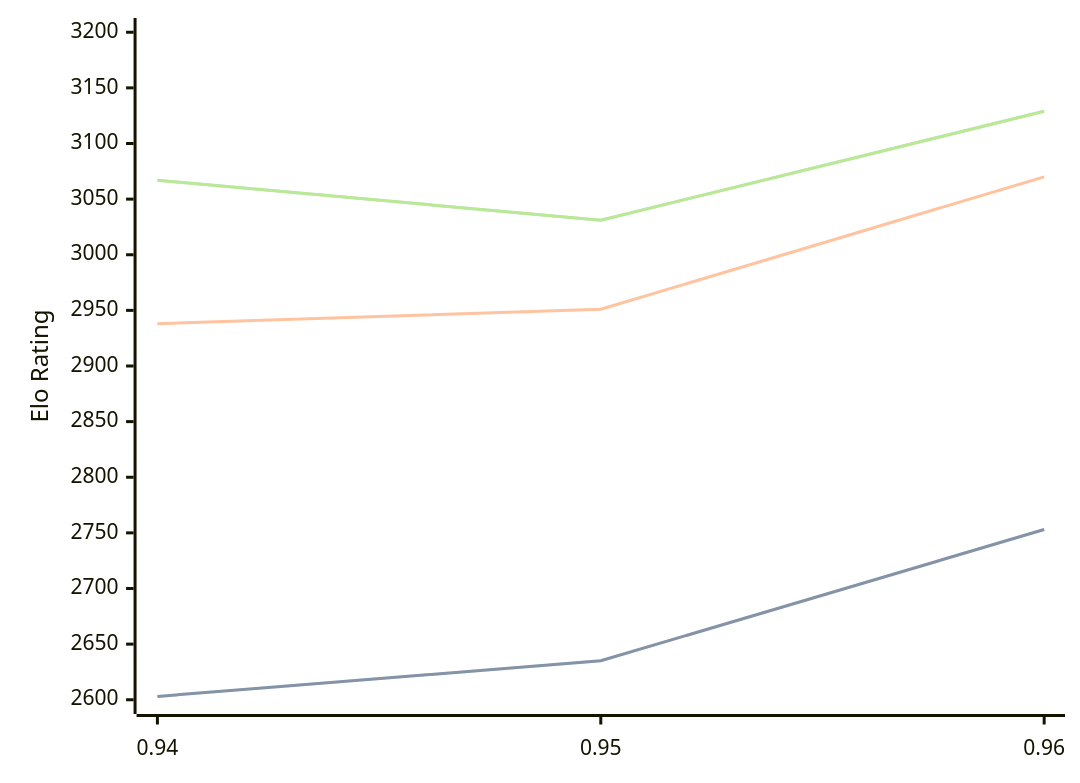
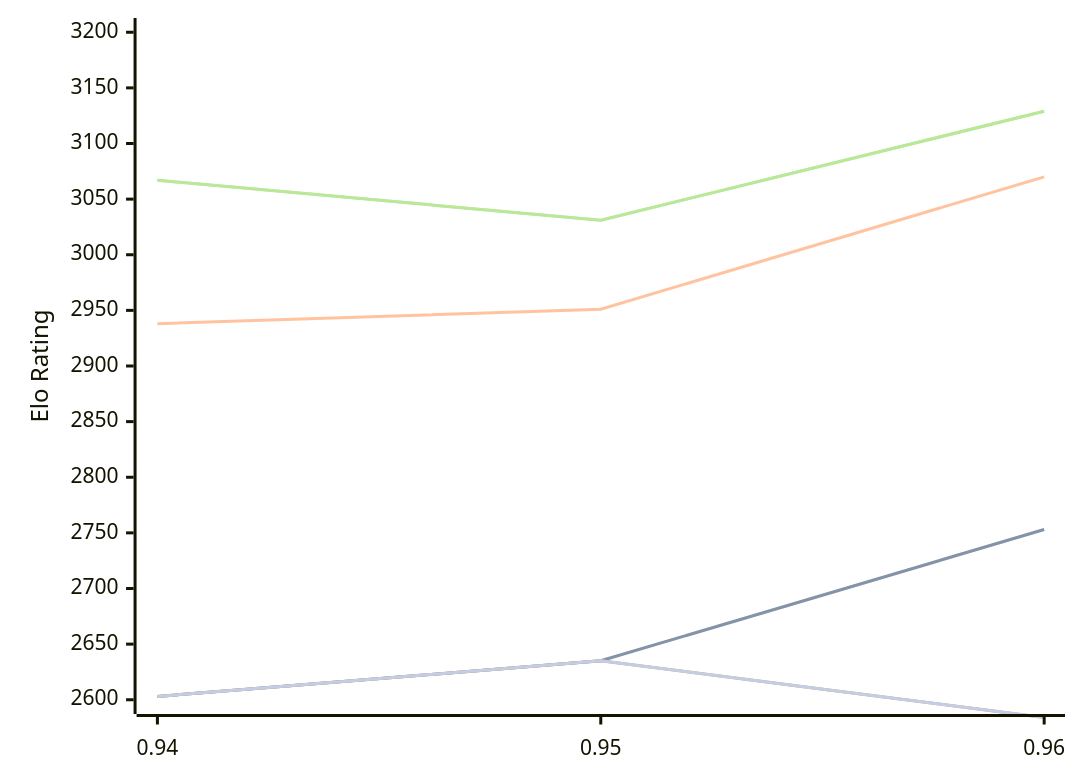
The diagram in engines/Myrddin.md (computer-chess-index/cci), drawn with Mermaid before and after one commit. The commit also changed other lines of this file, not shown here.

Commit message:
Update CCI Ratings (ELO VLTC) - 2026-10-11

````diff
--- a/engines/Myrddin.md
+++ b/engines/Myrddin.md
@@ -49,16 +49,13 @@
 ```mermaid
 %%{init: {"theme":"base","themeVariables":{"seriesColors:['#a3a3a3','#222221','#faa371']}}}%%
 xychart-beta
   x-axis ["0.94", "0.95", "0.96"]
   y-axis "Elo Rating" 2600 --> 3200
   line "" [2603, 2635, 2753]
   line "T1: STC (8.0+0.08s)" [2603, 2635, 2753]
   line "T1: LTC (60.0+0.60s)" [2938, 2951, 3070]
   line "" [3067, 3031, 3129]
   line "T1: VLTC (2m24s+1.12s)" [3067, 3031, 3129]
-  line "" [2573]
-  line "E1: STC (8.0+0.08s)" [2573]
-  line "E1: LTC (60.0+0.60s)" [2990]
-  line "" [3085]
-  line "E1: VLTC (2m24s+1.12s)" [3085]
+  line "" [2603, 2635,2584]
+  line "E1: STC (8.0+0.08s)" [2603, 2635,2584]
 ```
````
